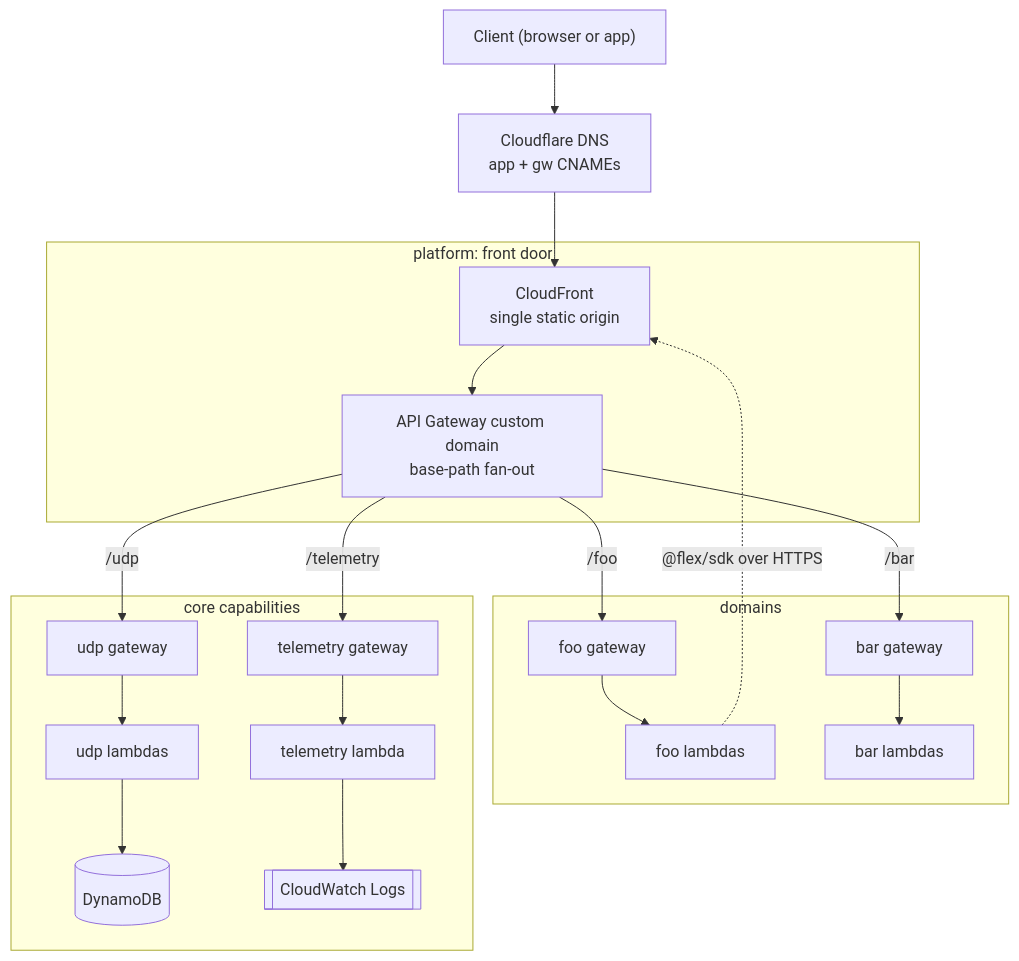
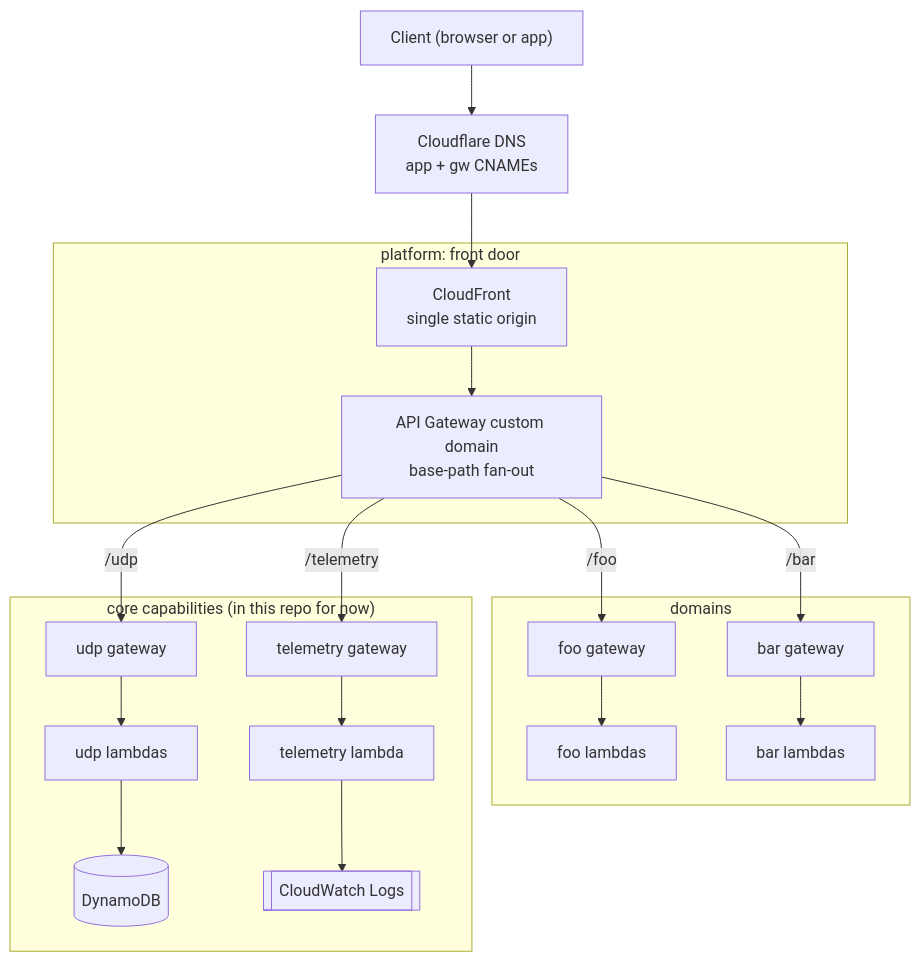
One commit to kevcjones/flex-minipoc changed the diagram in README.md. Above: the diagram before and after it, drawn with Mermaid. The commit also changed other lines of this file, not shown here.

First line of the commit message:
docs: clarify modular monolith; drop SDK loopback from topology

````diff
--- a/README.md
+++ b/README.md
@@ -36,28 +35,26 @@
 ```mermaid
 flowchart TB
     Client["Client (browser or app)"]
     DNS["Cloudflare DNS<br/>app + gw CNAMEs"]
 
     subgraph PlatformZone["platform: front door"]
         CF["CloudFront<br/>single static origin"]
         CD["API Gateway custom domain<br/>base-path fan-out"]
     end
 
     subgraph DomainsZone["domains"]
         FOO["foo gateway"] --> FOOL["foo lambdas"]
         BAR["bar gateway"] --> BARL["bar lambdas"]
     end
 
-    subgraph CoreZone["core capabilities"]
+    subgraph CoreZone["core capabilities (in this repo for now)"]
         UDP["udp gateway"] --> UDPL["udp lambdas"] --> DDB[("DynamoDB")]
         TEL["telemetry gateway"] --> TELL["telemetry lambda"] --> CW[["CloudWatch Logs"]]
     end
 
     Client --> DNS --> CF --> CD
     CD -->|/foo| FOO
     CD -->|/bar| BAR
     CD -->|/udp| UDP
     CD -->|/telemetry| TEL
-
-    FOOL -. "@flex/sdk over HTTPS" .-> CF
 ```
````
